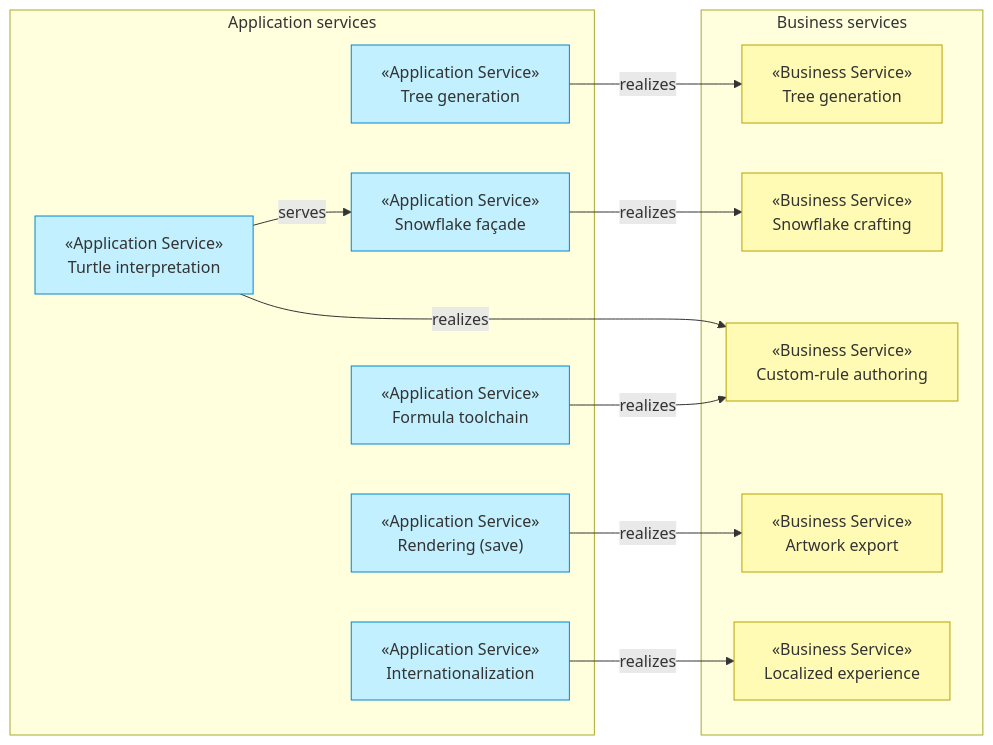
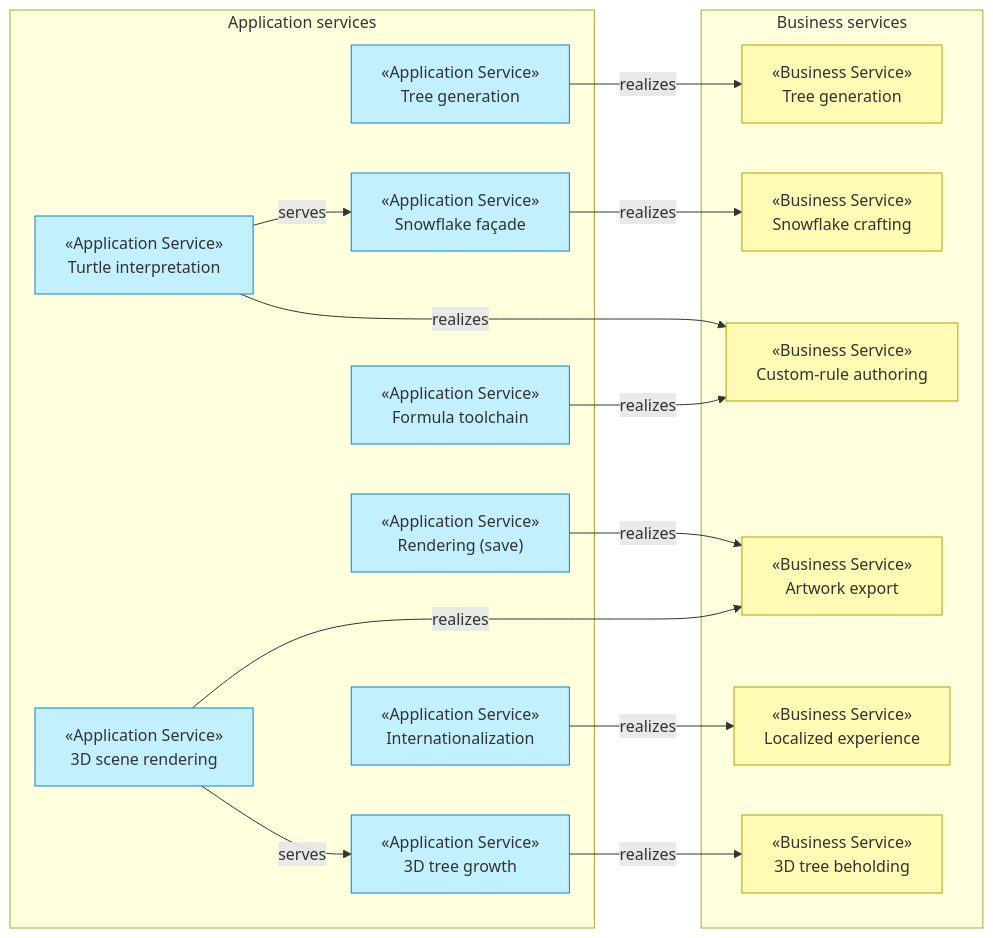
Before and after one commit to roanboc/fractal-tree-generator: the diagram in docs/ea/4_application/1_application-services.md, drawn with Mermaid. The commit also changed other lines of this file and 42 other files, not shown here.

````diff
--- a/docs/ea/4_application/1_application-services.md
+++ b/docs/ea/4_application/1_application-services.md
@@ -41,30 +43,36 @@
 ```mermaid
 flowchart LR
   subgraph B["Business services"]
     b1["«Business Service»<br>Tree generation"]:::business
     b2["«Business Service»<br>Snowflake crafting"]:::business
     b3["«Business Service»<br>Custom-rule authoring"]:::business
     b4["«Business Service»<br>Artwork export"]:::business
     b5["«Business Service»<br>Localized experience"]:::business
+    b6["«Business Service»<br>3D tree beholding"]:::business
   end
 
   subgraph A["Application services"]
     a1["«Application Service»<br>Tree generation"]:::application
     a2["«Application Service»<br>Turtle interpretation"]:::application
     a3["«Application Service»<br>Snowflake façade"]:::application
     a4["«Application Service»<br>Formula toolchain"]:::application
     a5["«Application Service»<br>Rendering (save)"]:::application
     a6["«Application Service»<br>Internationalization"]:::application
+    a7["«Application Service»<br>3D tree growth"]:::application
+    a8["«Application Service»<br>3D scene rendering"]:::application
   end
 
   a1 -->|realizes| b1
   a3 -->|realizes| b2
   a2 -->|serves| a3
   a2 -->|realizes| b3
   a4 -->|realizes| b3
   a5 -->|realizes| b4
   a6 -->|realizes| b5
+  a7 -->|realizes| b6
+  a8 -->|serves| a7
+  a8 -->|realizes| b4
 
   classDef business fill:#fffbb5,stroke:#b8a200,color:#333
   classDef application fill:#c2f0ff,stroke:#0288d1,color:#333
 ```
````
